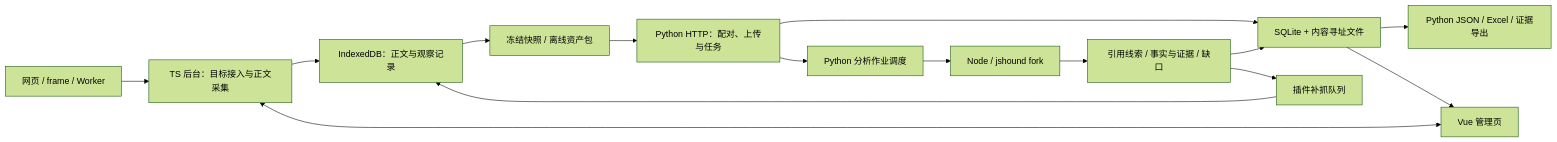
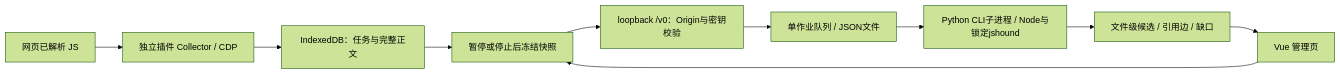
One commit to luohaijiang789/js-security changed the diagram in website-js-extractor/docs/architecture.md. Above: the diagram before and after it, drawn with Mermaid (forest theme). The commit also changed other lines of this file and 17 other files, not shown here.

````diff
--- a/website-js-extractor/docs/architecture.md
+++ b/website-js-extractor/docs/architecture.md
@@ -40,17 +7,12 @@
 ```mermaid
 flowchart LR
-    B[网页 / frame / Worker] --> C[TS 后台：目标接入与正文采集]
-    C --> I[IndexedDB：正文与观察记录]
-    U[Vue 管理页] <--> C
-    I --> F[冻结快照 / 离线资产包]
-    F --> H[Python HTTP：配对、上传与任务]
-    H --> D[SQLite + 内容寻址文件]
-    H --> Q[Python 分析作业调度]
-    Q --> N[Node / jshound fork]
-    N --> R[引用线索 / 事实与证据 / 缺口]
-    R --> D
-    R --> G[插件补抓队列]
-    G --> I
-    D --> E[Python JSON / Excel / 证据导出]
-    D --> U
+    P[网页已解析 JS] --> C[独立插件 Collector / CDP]
+    C --> D[IndexedDB：任务与完整正文]
+    D --> F[暂停或停止后冻结快照]
+    U[Vue 管理页] --> F
+    F --> H[loopback /v0：Origin与密钥校验]
+    H --> J[单作业队列 / JSON文件]
+    J --> A[Python CLI子进程 / Node与锁定jshound]
+    A --> R[文件级候选 / 引用边 / 缺口]
+    R --> U
 ```
````
